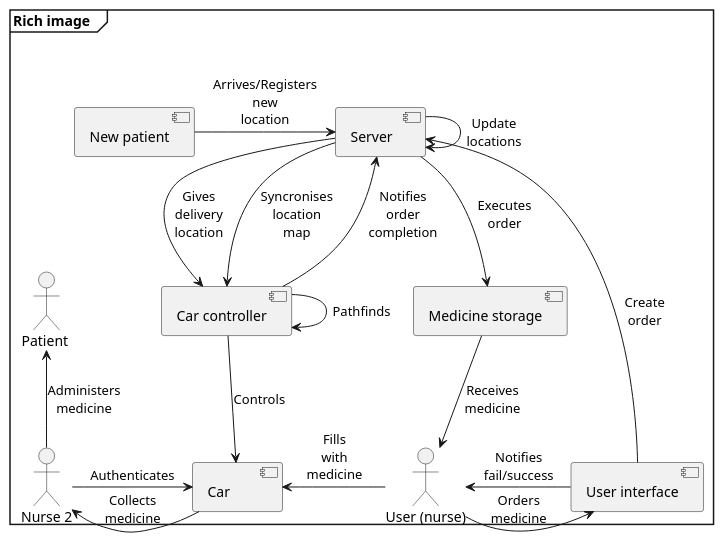
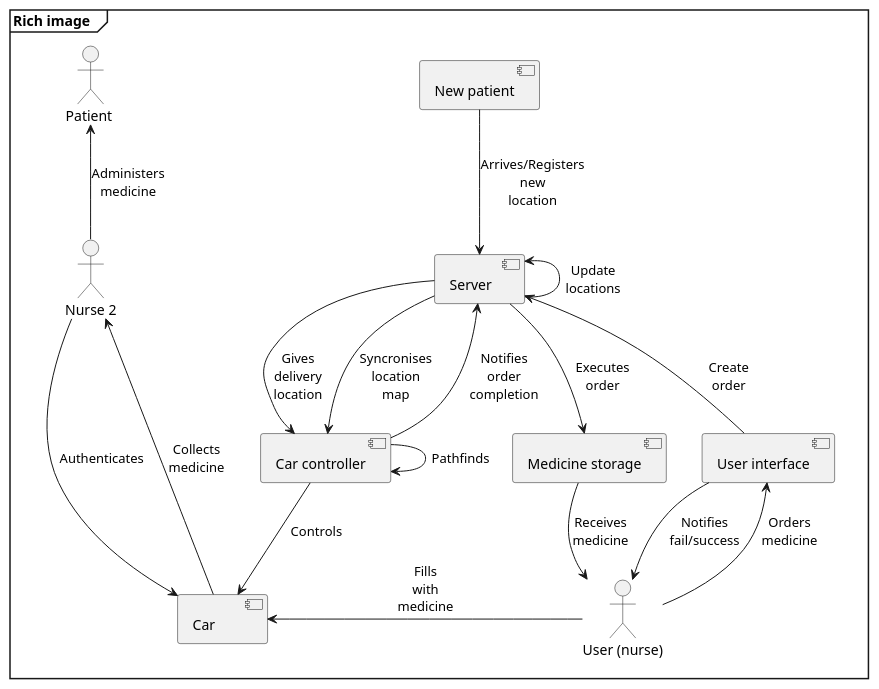
Before and after one commit to lineklemensen/PRJ3: the diagram in docs/diagrams/Plantuml/Project Concept/projectConcept.puml, drawn with PlantUML.

Commit message:
Move some arrows to fit better in frame

```diff
--- a/docs/diagrams/Plantuml/Project Concept/projectConcept.puml
+++ b/docs/diagrams/Plantuml/Project Concept/projectConcept.puml
@@ -1,38 +1,41 @@
 @startuml Project concept
 mainframe **Rich image\t**
 
 'Alternative fomatting
 'left to right direction
 'skinparam linetype ortho
 skinparam maxmessagesize 50
 skinparam MinClassWidth 50
+'skinparam Padding 12
 
 component "Server" as srv
 component "Car" as car
 component "Car controller" as carCon
 component "Medicine storage" as meds
 component "User interface" as ui
 actor "User (nurse)" as usr
 actor "Nurse 2" as nurse2
 actor "Patient" as pat
 component "New patient" as pat2
 
 
 car -l-> nurse2 : Collects medicine
 carCon -u-> srv : Notifies order completion
 carCon -d-> car : Controls
 meds -d-> usr : Receives medicine
-nurse2 -r-> car : Authenticates
+nurse2 ---> car : Authenticates
 nurse2 -u-> pat : Administers medicine
 srv -d-> carCon : Gives delivery location
 srv -d-> meds : Executes order
-ui -l-> usr : Notifies fail/success
+ui -d-> usr : Notifies fail/success
 ui -u-> srv : Create order
 usr -l-> car : Fills with medicine
-usr -r-> ui : Orders medicine
+usr -u-> ui : Orders medicine
 carCon --> carCon : Pathfinds
-pat2 -r-> srv : Arrives/Registers new location
-srv --> srv : Update locations
+pat2 -d-> srv : Arrives/Registers new location
+srv -u-> srv : Update locations
 srv --> carCon : Syncronises location map
 
+' Keeps the right mainframe edge off the box
+ui -[hidden]-> ui
 @enduml
```
